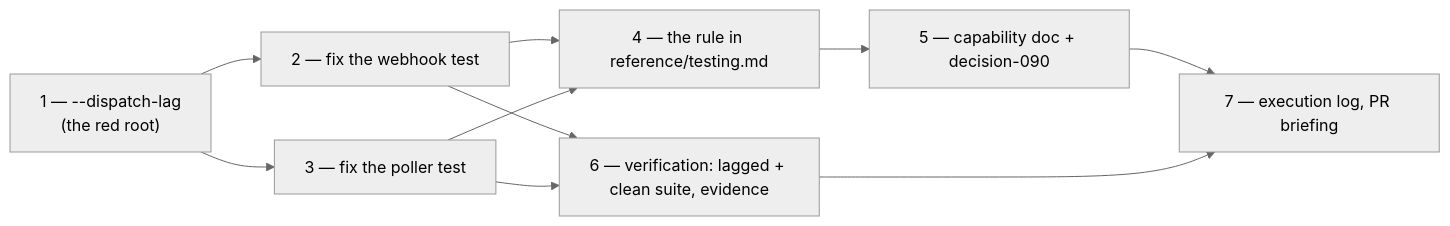
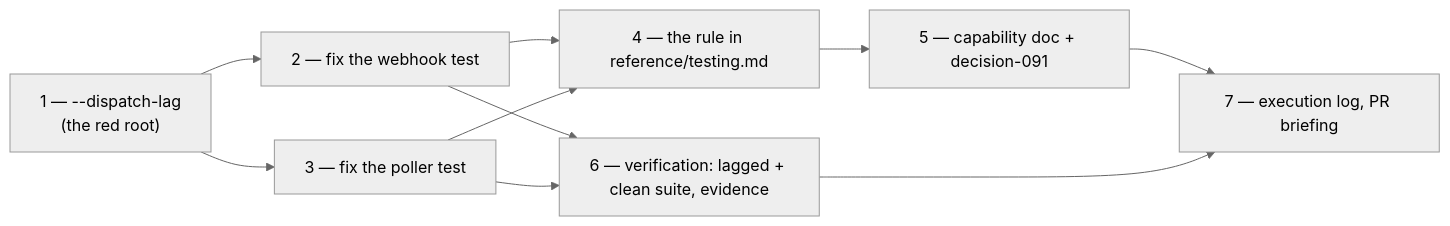
Before and after one commit to MadaraUchiha-314/the-loop: the diagram in docs/specs/issue-251/tasks.md, drawn with Mermaid (neutral theme). The commit also changed other lines of this file and 8 other files, not shown here.

````diff
--- a/docs/specs/issue-251/tasks.md
+++ b/docs/specs/issue-251/tasks.md
@@ -15,12 +15,12 @@
 ```mermaid
 flowchart LR
     T1["1 — --dispatch-lag<br/>(the red root)"] --> T2["2 — fix the webhook test"]
     T1 --> T3["3 — fix the poller test"]
     T2 --> T4["4 — the rule in reference/testing.md"]
     T3 --> T4
-    T4 --> T5["5 — capability doc + decision-090"]
+    T4 --> T5["5 — capability doc + decision-091"]
     T2 --> T6["6 — verification: lagged + clean suite, evidence"]
     T3 --> T6
     T5 --> T7["7 — execution log, PR briefing"]
     T6 --> T7
 ```
````
